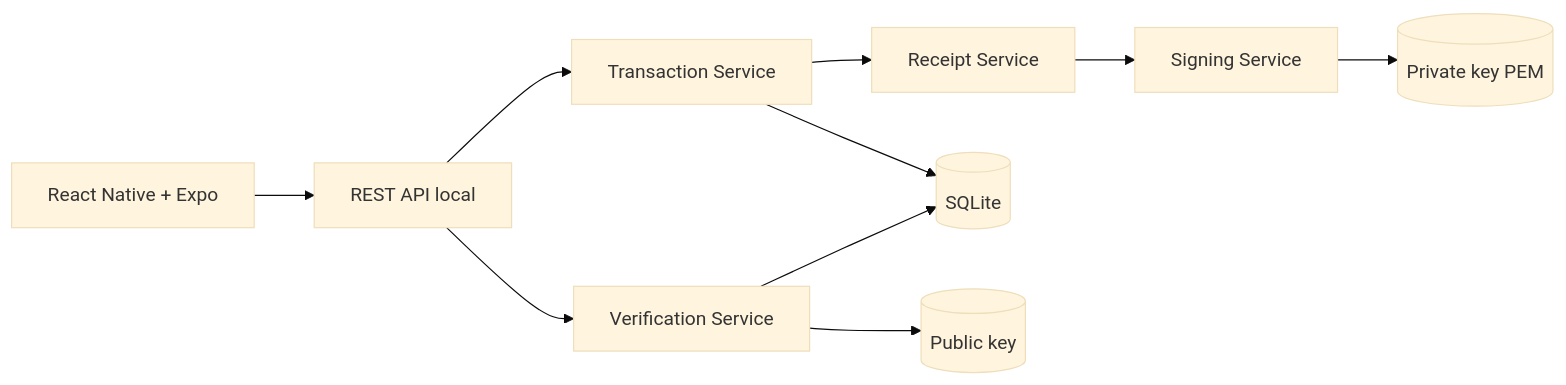
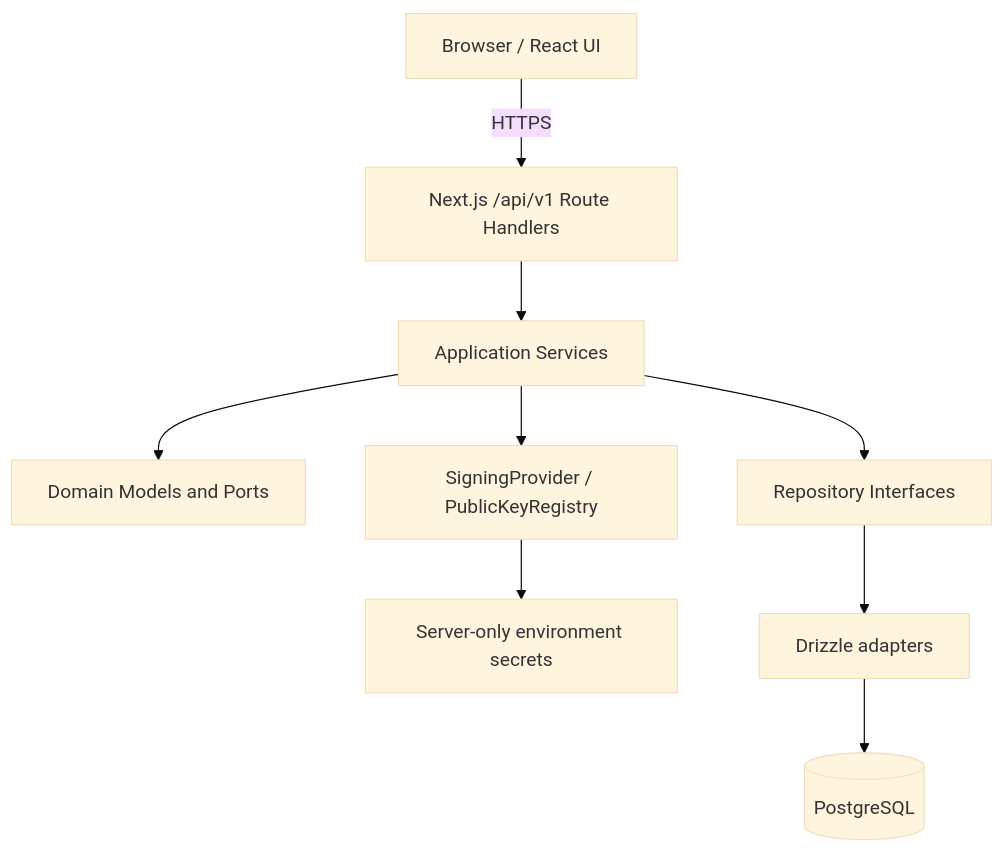
The diagram in README.md (chandro-dev/NuProof-Lab), drawn with Mermaid (base theme) before and after one commit. The commit also changed other lines of this file and 161 other files, not shown here.

````diff
--- a/README.md
+++ b/README.md
@@ -23,12 +45,11 @@
 ```mermaid
-flowchart LR
-  M[React Native + Expo] --> A[REST API local]
-  A --> T[Transaction Service]
-  T --> R[Receipt Service]
-  R --> S[Signing Service]
-  S --> K[(Private key PEM)]
-  T --> D[(SQLite)]
-  A --> V[Verification Service]
-  V --> D
-  V --> P[(Public key)]
+flowchart TD
+  Browser[Browser / React UI] -->|HTTPS| HTTP[Next.js /api/v1 Route Handlers]
+  HTTP --> App[Application Services]
+  App --> Domain[Domain Models and Ports]
+  App --> Crypto[SigningProvider / PublicKeyRegistry]
+  App --> Repos[Repository Interfaces]
+  Crypto --> Env[Server-only environment secrets]
+  Repos --> Drizzle[Drizzle adapters]
+  Drizzle --> PG[(PostgreSQL)]
 ```
````
